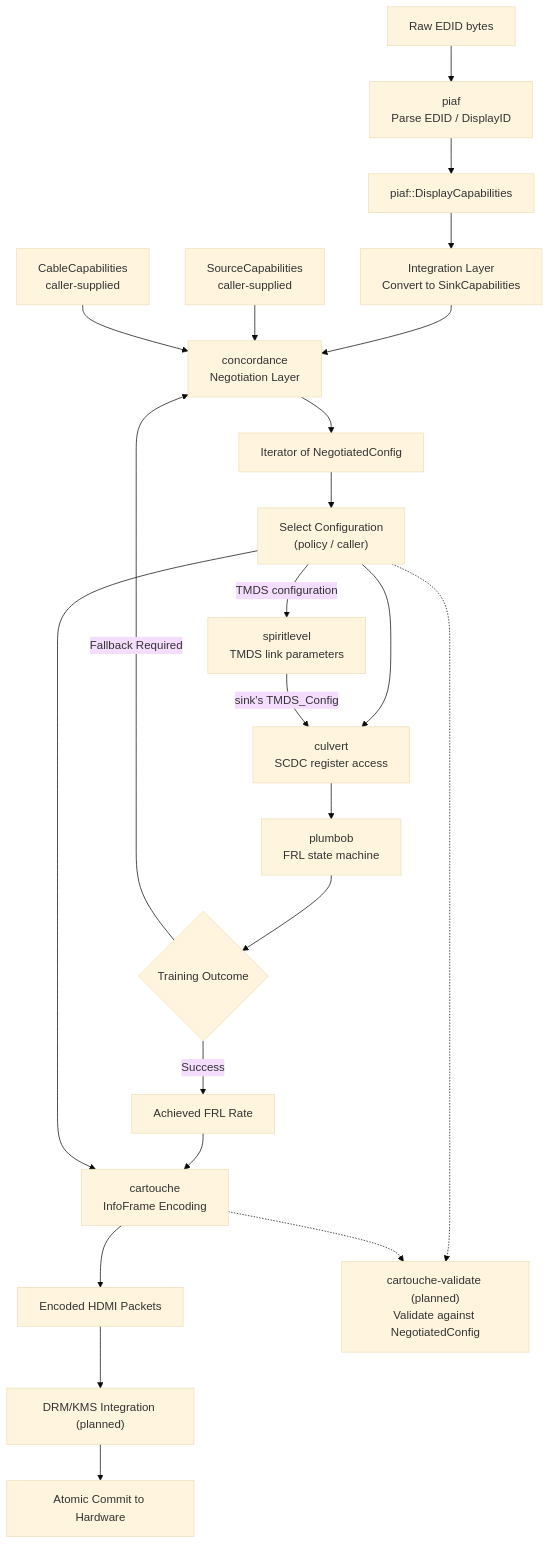
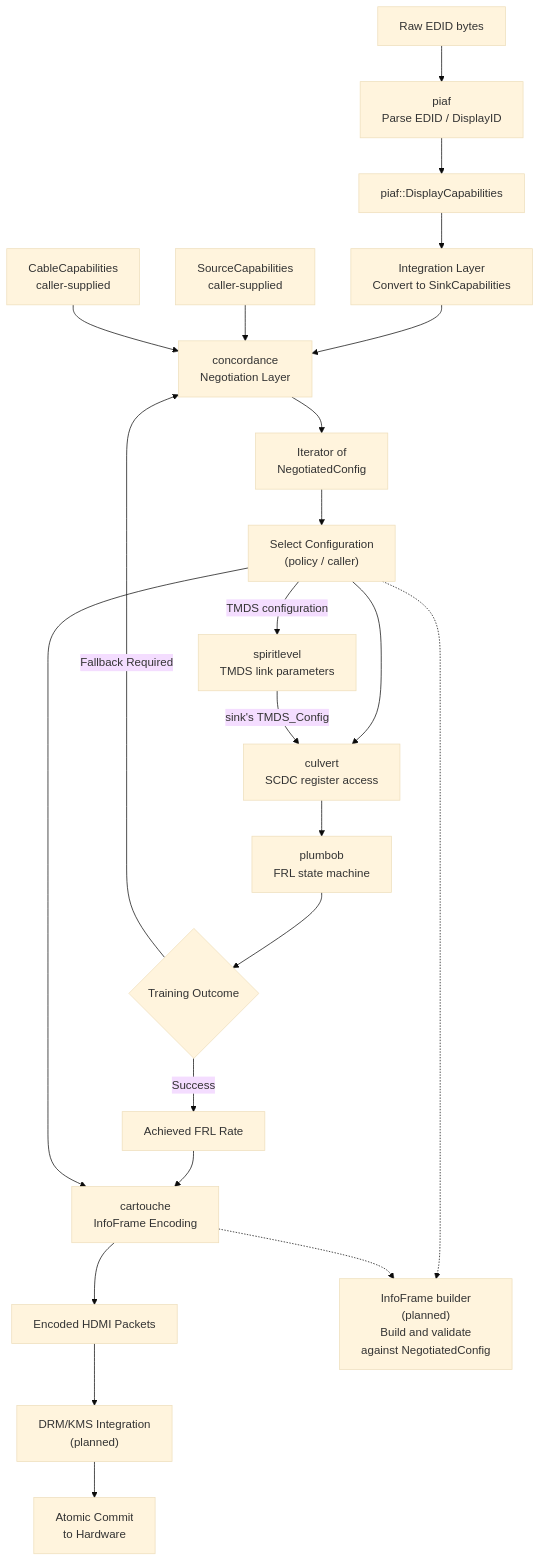
The diagram in src/stack.md (ashlar-display/ashlar-display.github.io), drawn with Mermaid (base theme) before and after one commit. The commit also changed 1 other file, not shown here.

Commit message:
Style mermaid labels to avoid cutoff

````diff
--- a/src/stack.md
+++ b/src/stack.md
@@ -42,31 +42,31 @@
 ```mermaid
 flowchart TD
 A[Raw EDID bytes] --> B["piaf <br> Parse EDID / DisplayID"]
 B --> C[piaf::DisplayCapabilities]
 C --> C2["Integration Layer<br>Convert to SinkCapabilities"]
 C2 --> D["concordance <br>Negotiation Layer"]
 
     E["SourceCapabilities<br>caller-supplied"] --> D
     F["CableCapabilities<br>caller-supplied"] --> D
 
-    D --> G[Iterator of NegotiatedConfig]
+    D --> G["Iterator of<br>NegotiatedConfig"]
     G --> H["Select Configuration<br>(policy / caller)"]
 
     H --> I["culvert <br>SCDC register access"]
     H -->|TMDS configuration| T["spiritlevel <br>TMDS link parameters"]
     T -->|"sink's TMDS_Config"| I
     I --> I2["plumbob <br>FRL state machine"]
     I2 --> J{Training Outcome}
 
     J -->|Success| K[Achieved FRL Rate]
     J -->|Fallback Required| D
 
     K --> L["cartouche <br>InfoFrame Encoding"]
     H --> L
     L --> M[Encoded HDMI Packets]
-    H -.-> LV["cartouche-validate (planned)<br>Validate against NegotiatedConfig"]
+    H -.-> LV["InfoFrame builder<br>(planned)<br>Build and validate<br>against NegotiatedConfig"]
     L -.-> LV
 
-    M --> N["DRM/KMS Integration (planned)"]
-    N --> O[Atomic Commit to Hardware]
+    M --> N["DRM/KMS Integration<br>(planned)"]
+    N --> O["Atomic Commit<br>to Hardware"]
 ```
````
